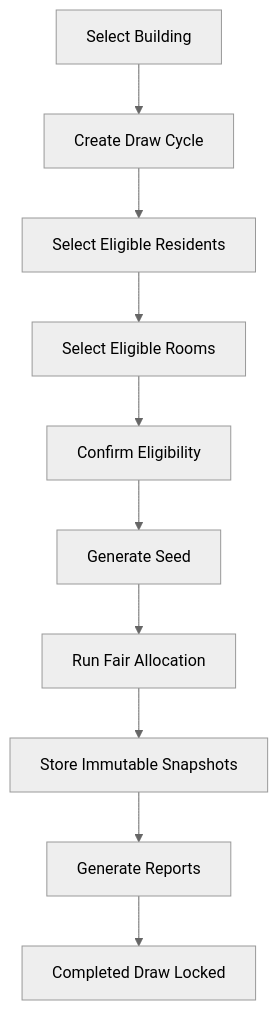
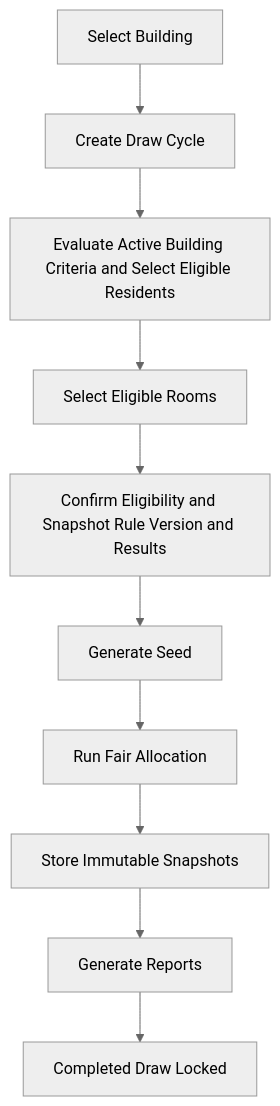
One commit to nvedant1604-ux/FairRoom changed the third of 4 diagrams in docs/ARCHITECTURE.md. Above: the diagram before and after it, drawn with Mermaid (neutral theme). The commit also changed other lines of this file and 32 other files, not shown here.

Commit message:
Add advanced eligibility criteria engine

````diff
--- a/docs/ARCHITECTURE.md
+++ b/docs/ARCHITECTURE.md
@@ -48,12 +50,12 @@
 ```mermaid
 flowchart TD
   B[Select Building] --> C[Create Draw Cycle]
-  C --> ER[Select Eligible Residents]
+  C --> ER[Evaluate Active Building Criteria and Select Eligible Residents]
   ER --> RM[Select Eligible Rooms]
-  RM --> Q[Confirm Eligibility]
+  RM --> Q[Confirm Eligibility and Snapshot Rule Version and Results]
   Q --> S[Generate Seed]
   S --> A[Run Fair Allocation]
   A --> HS[Store Immutable Snapshots]
   HS --> RP[Generate Reports]
   RP --> K[Completed Draw Locked]
 ```
````
